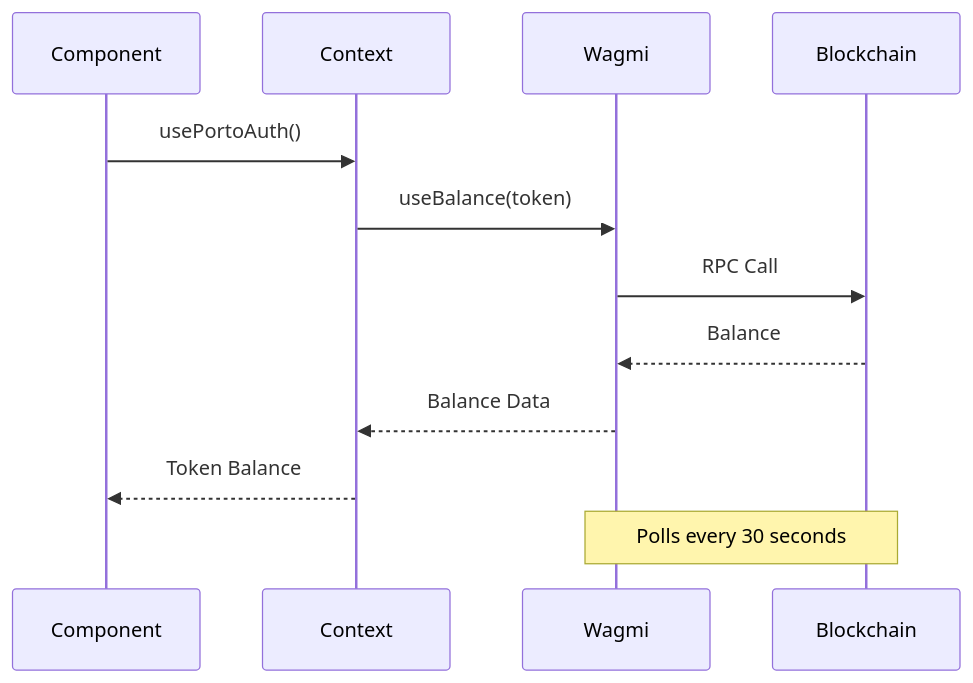
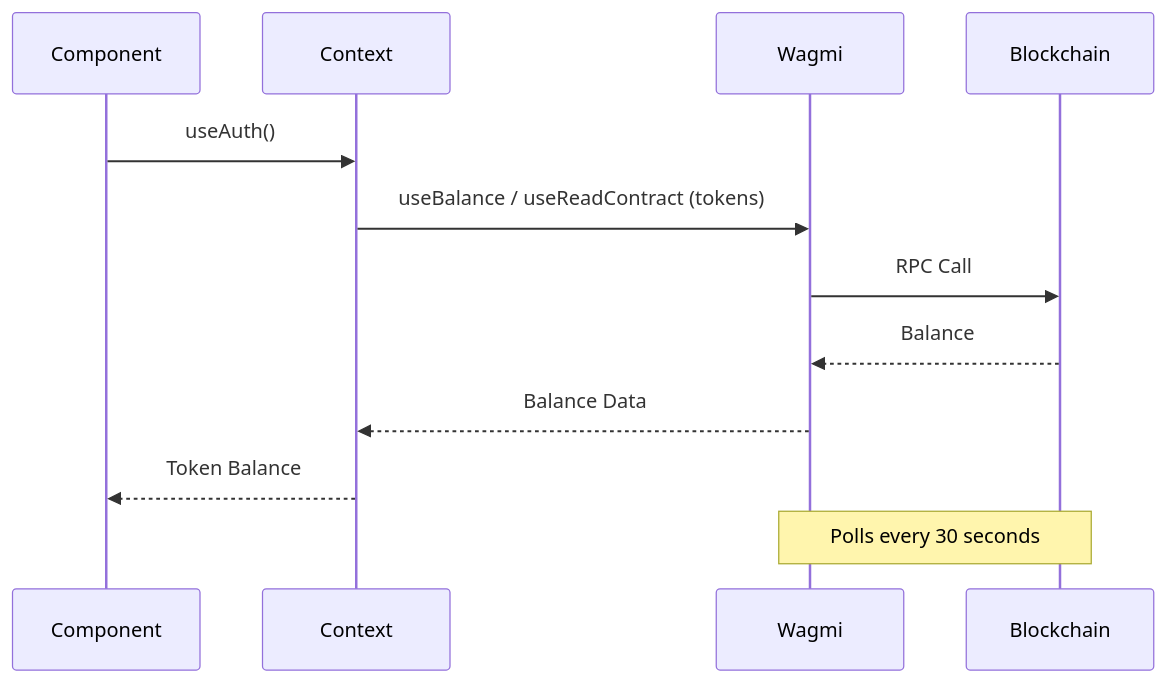
One commit to MagRelo/cut changed the fourth of 8 diagrams in spec/client/data-flow.md. Above: the diagram before and after it, drawn with Mermaid. The commit also changed other lines of this file and 62 other files, not shown here.

````diff
--- a/spec/client/data-flow.md
+++ b/spec/client/data-flow.md
@@ -78,15 +78,15 @@
 ```mermaid
 sequenceDiagram
     participant Component
     participant Context
     participant Wagmi
     participant Blockchain
     
-    Component->>Context: usePortoAuth()
-    Context->>Wagmi: useBalance(token)
+    Component->>Context: useAuth()
+    Context->>Wagmi: useBalance / useReadContract (tokens)
     Wagmi->>Blockchain: RPC Call
     Blockchain-->>Wagmi: Balance
     Wagmi-->>Context: Balance Data
     Context-->>Component: Token Balance
     Note over Wagmi,Blockchain: Polls every 30 seconds
 ```
````
